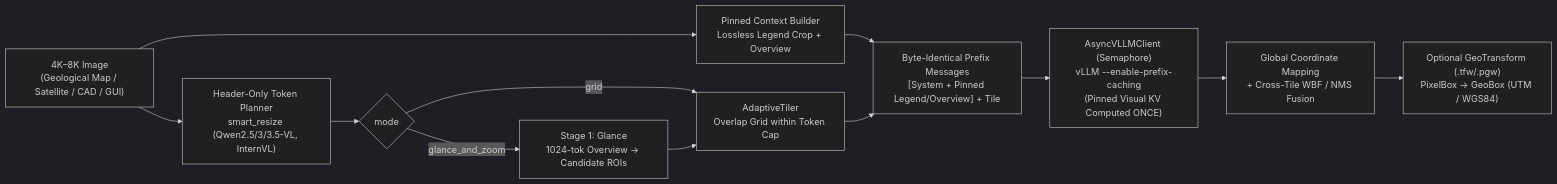
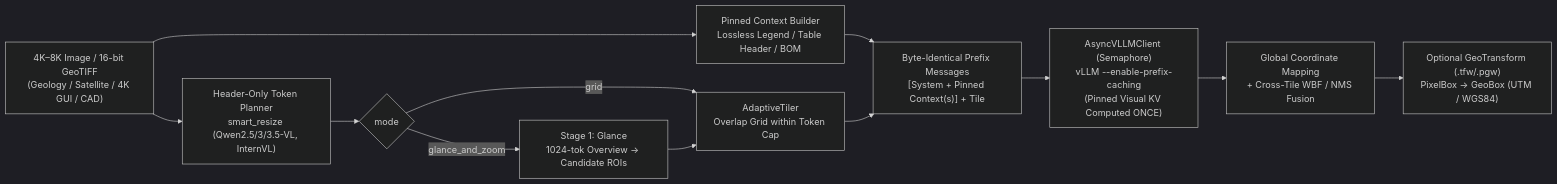
The diagram in README.md (ca33-zx/vlm-zoom), drawn with Mermaid (dark theme) before and after one commit. The commit also changed other lines of this file, not shown here.

````diff
--- a/README.md
+++ b/README.md
@@ -46,14 +81,14 @@
 ```mermaid
 flowchart LR
-    IMG["4K–8K Image\n(Geological Map / Satellite / CAD / GUI)"] --> HDR["Header-Only Token Planner\nsmart_resize (Qwen2.5/3/3.5-VL, InternVL)"]
-    IMG --> PIN["Pinned Context Builder\nLossless Legend Crop + Overview"]
+    IMG["4K–8K Image / 16-bit GeoTIFF\n(Geology / Satellite / 4K GUI / CAD)"] --> HDR["Header-Only Token Planner\nsmart_resize (Qwen2.5/3/3.5-VL, InternVL)"]
+    IMG --> PIN["Pinned Context Builder\nLossless Legend / Table Header / BOM"]
     HDR --> STAGE1{"mode"}
     STAGE1 -- "glance_and_zoom" --> GLANCE["Stage 1: Glance\n1024-tok Overview -> Candidate ROIs"]
     STAGE1 -- "grid" --> TILER["AdaptiveTiler\nOverlap Grid within Token Cap"]
     GLANCE --> TILER
-    PIN --> MSG["Byte-Identical Prefix Messages\n[System + Pinned Legend/Overview] + Tile"]
+    PIN --> MSG["Byte-Identical Prefix Messages\n[System + Pinned Context(s)] + Tile"]
     TILER --> MSG
     MSG --> VLLM["AsyncVLLMClient (Semaphore)\nvLLM --enable-prefix-caching\n(Pinned Visual KV Computed ONCE)"]
     VLLM --> FUSE["Global Coordinate Mapping\n+ Cross-Tile WBF / NMS Fusion"]
     FUSE --> GEO["Optional GeoTransform (.tfw/.pgw)\nPixelBox -> GeoBox (UTM / WGS84)"]
 ```
````
